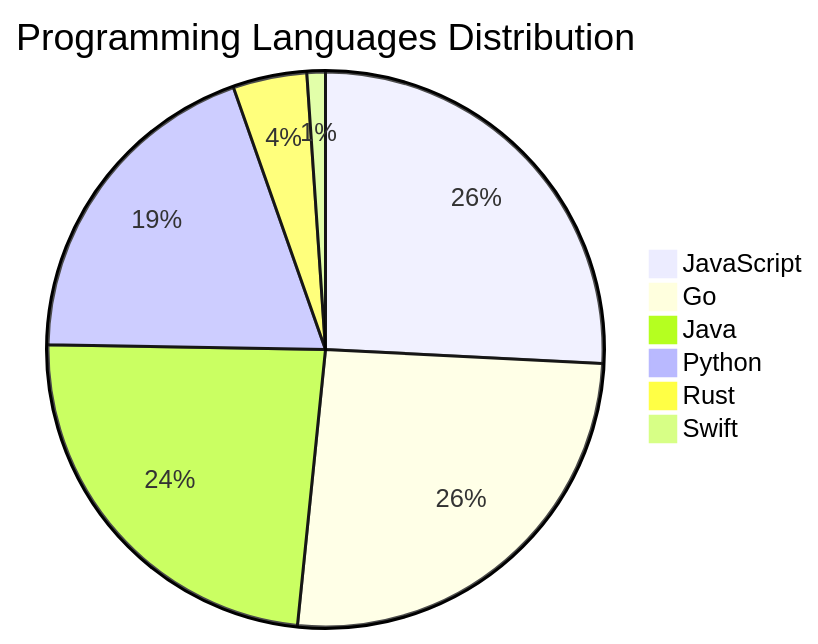
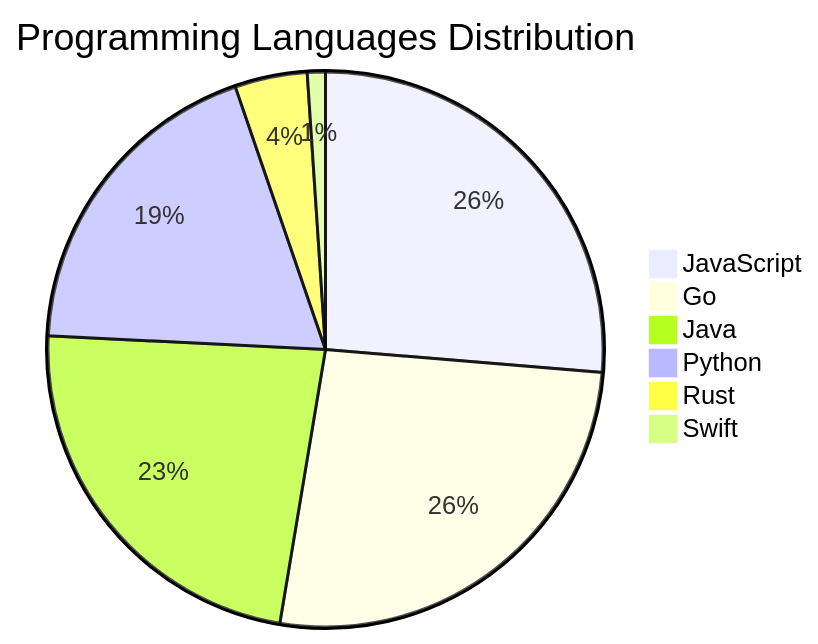
One commit to Derrick-MUGISHA/github-activity-bot changed the diagram in README.md. Above: the diagram before and after it, drawn with Mermaid. The commit also changed other lines of this file and 3 other files, not shown here.

````diff
--- a/README.md
+++ b/README.md
@@ -72,9 +72,9 @@
 ```mermaid
 pie title Programming Languages Distribution
-    "JavaScript" : 24
-    "Go" : 24
+    "JavaScript" : 25
+    "Go" : 25
     "Java" : 22
     "Python" : 18
     "Rust" : 4
     "Swift" : 1
 ```
````
